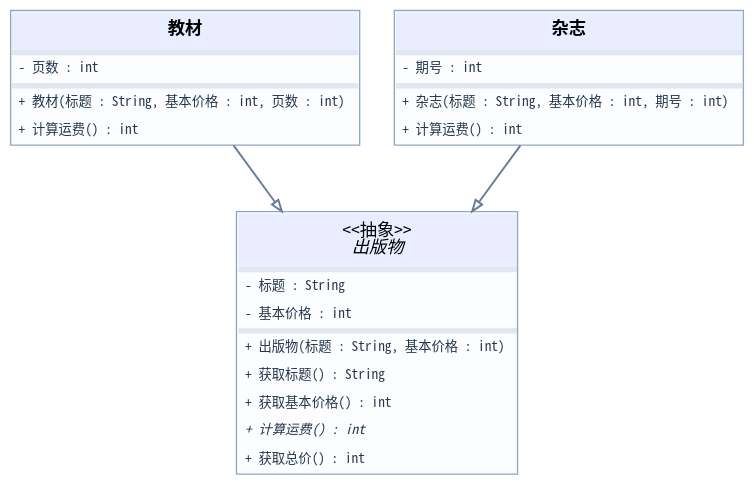
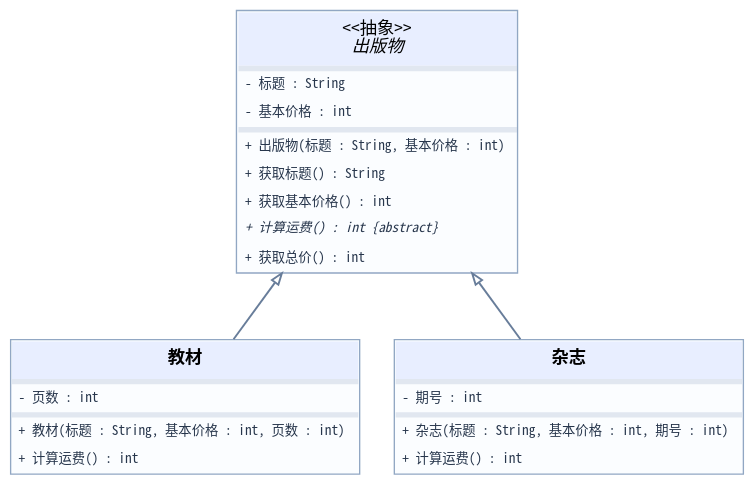
Before and after one commit to edetroll/java-oop: the diagram in content/chapters/10-absztrakt-osztalyok/media/task-publications-zh.dot, drawn with Graphviz. The commit also changed 41 other files, not shown here.

```diff
--- a/content/chapters/10-absztrakt-osztalyok/media/task-publications-zh.dot
+++ b/content/chapters/10-absztrakt-osztalyok/media/task-publications-zh.dot
@@ -1,8 +1,8 @@
-digraph UML { graph [rankdir=TB,bgcolor="transparent",pad="0.12",nodesep="0.36",ranksep="0.7",splines=polyline];
+digraph UML { graph [rankdir=BT,bgcolor="transparent",pad="0.12",nodesep="0.36",ranksep="0.7",splines=polyline];
 node [shape=plain]; edge [color="#687d9a",penwidth=1.45,arrowsize=0.85];
-"出版物" [label=<<TABLE BORDER="1" CELLBORDER="0" CELLSPACING="0" COLOR="#91a7c3" BGCOLOR="#fbfdff"><TR><TD BGCOLOR="#e8eeff" CELLPADDING="7"><FONT FACE="Noto Sans Mono CJK SC" POINT-SIZE="13">&lt;&lt;抽象&gt;&gt;<BR/><I>出版物</I></FONT></TD></TR><TR><TD BGCOLOR="#e1e7f0" HEIGHT="2"></TD></TR><TR><TD ALIGN="LEFT" CELLPADDING="5"><FONT FACE="Noto Sans Mono CJK SC" POINT-SIZE="10" COLOR="#27364c">- 标题 : String</FONT></TD></TR><TR><TD ALIGN="LEFT" CELLPADDING="5"><FONT FACE="Noto Sans Mono CJK SC" POINT-SIZE="10" COLOR="#27364c">- 基本价格 : int</FONT></TD></TR><TR><TD BGCOLOR="#e1e7f0" HEIGHT="2"></TD></TR><TR><TD ALIGN="LEFT" CELLPADDING="5"><FONT FACE="Noto Sans Mono CJK SC" POINT-SIZE="10" COLOR="#27364c">+ 出版物(标题 : String, 基本价格 : int)</FONT></TD></TR><TR><TD ALIGN="LEFT" CELLPADDING="5"><FONT FACE="Noto Sans Mono CJK SC" POINT-SIZE="10" COLOR="#27364c">+ 获取标题() : String</FONT></TD></TR><TR><TD ALIGN="LEFT" CELLPADDING="5"><FONT FACE="Noto Sans Mono CJK SC" POINT-SIZE="10" COLOR="#27364c">+ 获取基本价格() : int</FONT></TD></TR><TR><TD ALIGN="LEFT" CELLPADDING="5"><FONT FACE="Noto Sans Mono CJK SC" POINT-SIZE="10" COLOR="#27364c"><I>+ 计算运费() : int</I></FONT></TD></TR><TR><TD ALIGN="LEFT" CELLPADDING="5"><FONT FACE="Noto Sans Mono CJK SC" POINT-SIZE="10" COLOR="#27364c">+ 获取总价() : int</FONT></TD></TR></TABLE>>];
+"出版物" [label=<<TABLE BORDER="1" CELLBORDER="0" CELLSPACING="0" COLOR="#91a7c3" BGCOLOR="#fbfdff"><TR><TD BGCOLOR="#e8eeff" CELLPADDING="7"><FONT FACE="Noto Sans Mono CJK SC" POINT-SIZE="13">&lt;&lt;抽象&gt;&gt;<BR/><I>出版物</I></FONT></TD></TR><TR><TD BGCOLOR="#e1e7f0" HEIGHT="2"></TD></TR><TR><TD ALIGN="LEFT" CELLPADDING="5"><FONT FACE="Noto Sans Mono CJK SC" POINT-SIZE="10" COLOR="#27364c">- 标题 : String</FONT></TD></TR><TR><TD ALIGN="LEFT" CELLPADDING="5"><FONT FACE="Noto Sans Mono CJK SC" POINT-SIZE="10" COLOR="#27364c">- 基本价格 : int</FONT></TD></TR><TR><TD BGCOLOR="#e1e7f0" HEIGHT="2"></TD></TR><TR><TD ALIGN="LEFT" CELLPADDING="5"><FONT FACE="Noto Sans Mono CJK SC" POINT-SIZE="10" COLOR="#27364c">+ 出版物(标题 : String, 基本价格 : int)</FONT></TD></TR><TR><TD ALIGN="LEFT" CELLPADDING="5"><FONT FACE="Noto Sans Mono CJK SC" POINT-SIZE="10" COLOR="#27364c">+ 获取标题() : String</FONT></TD></TR><TR><TD ALIGN="LEFT" CELLPADDING="5"><FONT FACE="Noto Sans Mono CJK SC" POINT-SIZE="10" COLOR="#27364c">+ 获取基本价格() : int</FONT></TD></TR><TR><TD ALIGN="LEFT" CELLPADDING="5"><FONT FACE="Noto Sans Mono CJK SC" POINT-SIZE="10" COLOR="#27364c"><I>+ 计算运费() : int {abstract}</I></FONT></TD></TR><TR><TD ALIGN="LEFT" CELLPADDING="5"><FONT FACE="Noto Sans Mono CJK SC" POINT-SIZE="10" COLOR="#27364c">+ 获取总价() : int</FONT></TD></TR></TABLE>>];
 "教材" [label=<<TABLE BORDER="1" CELLBORDER="0" CELLSPACING="0" COLOR="#91a7c3" BGCOLOR="#fbfdff"><TR><TD BGCOLOR="#e8eeff" CELLPADDING="7"><FONT FACE="Noto Sans Mono CJK SC" POINT-SIZE="13"><B>教材</B></FONT></TD></TR><TR><TD BGCOLOR="#e1e7f0" HEIGHT="2"></TD></TR><TR><TD ALIGN="LEFT" CELLPADDING="5"><FONT FACE="Noto Sans Mono CJK SC" POINT-SIZE="10" COLOR="#27364c">- 页数 : int</FONT></TD></TR><TR><TD BGCOLOR="#e1e7f0" HEIGHT="2"></TD></TR><TR><TD ALIGN="LEFT" CELLPADDING="5"><FONT FACE="Noto Sans Mono CJK SC" POINT-SIZE="10" COLOR="#27364c">+ 教材(标题 : String, 基本价格 : int, 页数 : int)</FONT></TD></TR><TR><TD ALIGN="LEFT" CELLPADDING="5"><FONT FACE="Noto Sans Mono CJK SC" POINT-SIZE="10" COLOR="#27364c">+ 计算运费() : int</FONT></TD></TR></TABLE>>];
 "杂志" [label=<<TABLE BORDER="1" CELLBORDER="0" CELLSPACING="0" COLOR="#91a7c3" BGCOLOR="#fbfdff"><TR><TD BGCOLOR="#e8eeff" CELLPADDING="7"><FONT FACE="Noto Sans Mono CJK SC" POINT-SIZE="13"><B>杂志</B></FONT></TD></TR><TR><TD BGCOLOR="#e1e7f0" HEIGHT="2"></TD></TR><TR><TD ALIGN="LEFT" CELLPADDING="5"><FONT FACE="Noto Sans Mono CJK SC" POINT-SIZE="10" COLOR="#27364c">- 期号 : int</FONT></TD></TR><TR><TD BGCOLOR="#e1e7f0" HEIGHT="2"></TD></TR><TR><TD ALIGN="LEFT" CELLPADDING="5"><FONT FACE="Noto Sans Mono CJK SC" POINT-SIZE="10" COLOR="#27364c">+ 杂志(标题 : String, 基本价格 : int, 期号 : int)</FONT></TD></TR><TR><TD ALIGN="LEFT" CELLPADDING="5"><FONT FACE="Noto Sans Mono CJK SC" POINT-SIZE="10" COLOR="#27364c">+ 计算运费() : int</FONT></TD></TR></TABLE>>];
 "教材" -> "出版物" [arrowhead=empty];
 "杂志" -> "出版物" [arrowhead=empty];
 }
```
